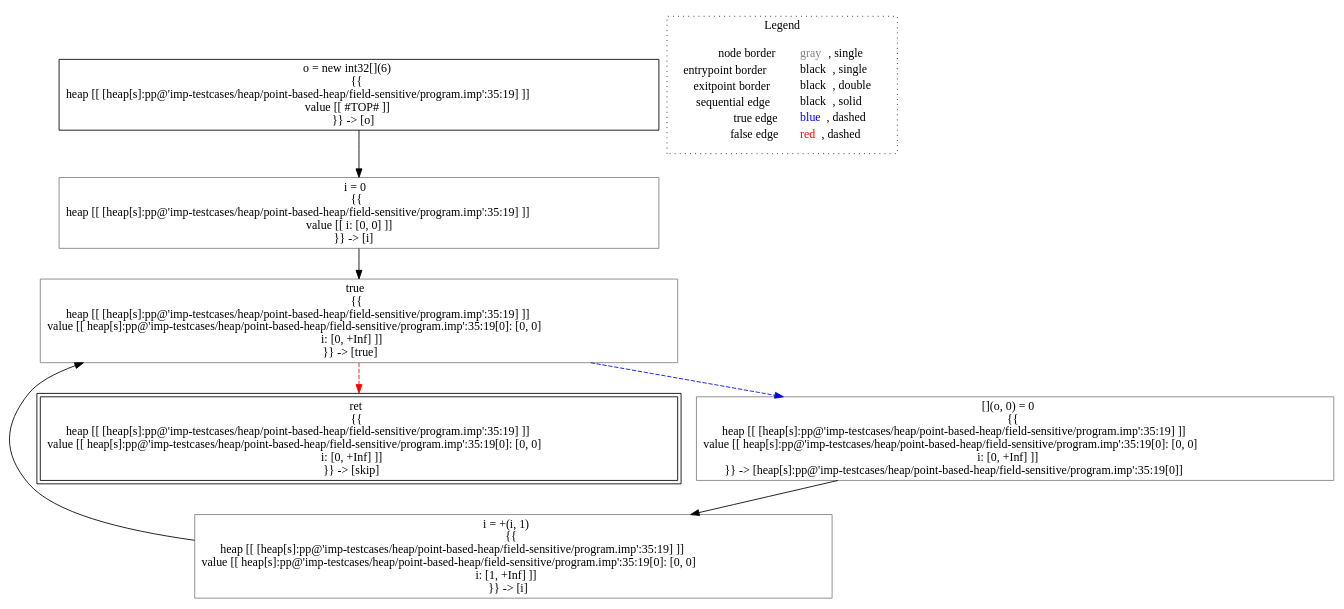
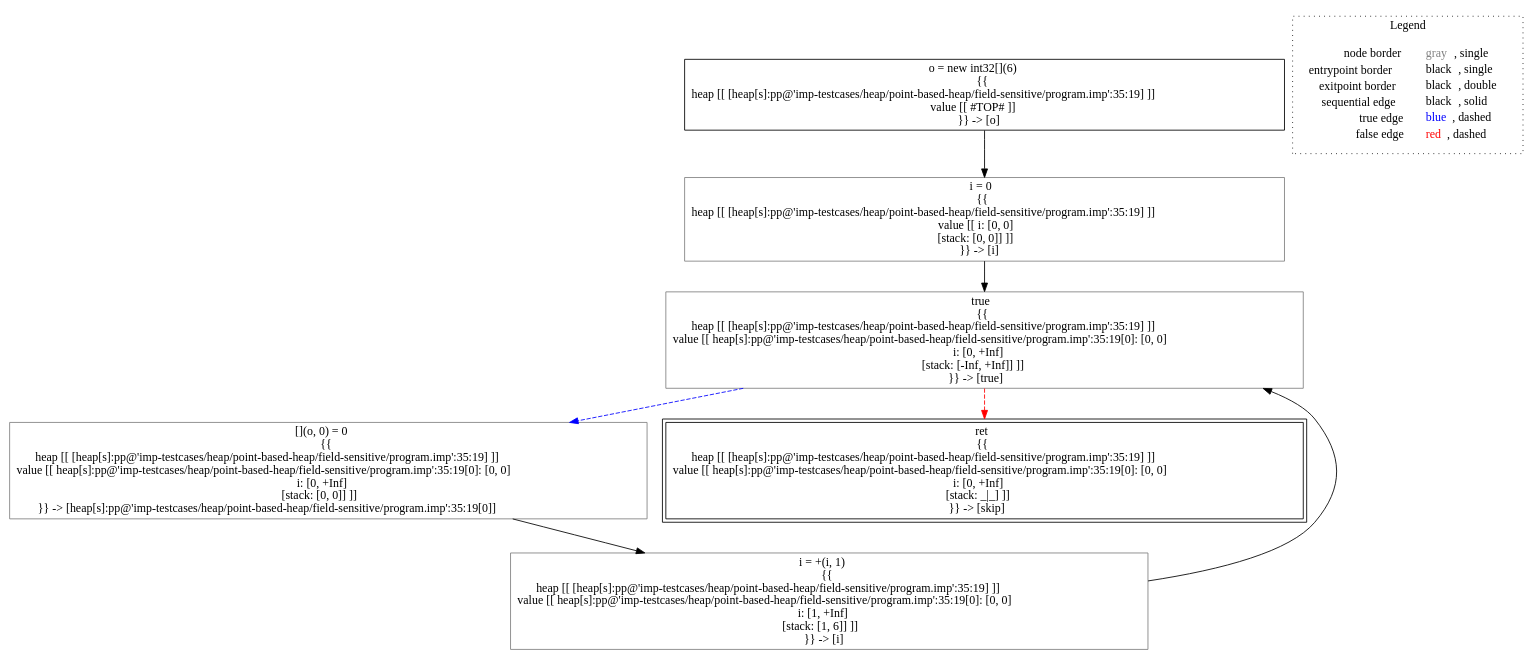
The diagram in lisa/lisa-core/imp-testcases/heap/point-based-heap/field-sensitive/analysis___untyped_A.f4(A_this).dot (lisa-analyzer/lisa), drawn with Graphviz before and after one commit. The commit also changed 84 other files, not shown here.

```diff
--- a/lisa/lisa-core/imp-testcases/heap/point-based-heap/field-sensitive/analysis___untyped_A.f4(A_this).dot
+++ b/lisa/lisa-core/imp-testcases/heap/point-based-heap/field-sensitive/analysis___untyped_A.f4(A_this).dot
@@ -1,21 +1,21 @@
 digraph {
 	"node0" [shape="rect",color="black",label=<o = new int32[](6)<BR/>{{<BR/>heap [[ [heap[s]:pp@'imp-testcases/heap/point-based-heap/field-sensitive/program.imp':35:19] ]]<BR/>value [[ #TOP# ]]<BR/>}} -&gt; [o]>];
-	"node1" [shape="rect",color="gray",label=<i = +(i, 1)<BR/>{{<BR/>heap [[ [heap[s]:pp@'imp-testcases/heap/point-based-heap/field-sensitive/program.imp':35:19] ]]<BR/>value [[ heap[s]:pp@'imp-testcases/heap/point-based-heap/field-sensitive/program.imp':35:19[0]: [0, 0]<BR/>i: [1, +Inf] ]]<BR/>}} -&gt; [i]>];
-	"node2" [shape="rect",color="gray",label=<true<BR/>{{<BR/>heap [[ [heap[s]:pp@'imp-testcases/heap/point-based-heap/field-sensitive/program.imp':35:19] ]]<BR/>value [[ heap[s]:pp@'imp-testcases/heap/point-based-heap/field-sensitive/program.imp':35:19[0]: [0, 0]<BR/>i: [0, +Inf] ]]<BR/>}} -&gt; [true]>];
-	"node3" [shape="rect",color="black",peripheries="2",label=<ret<BR/>{{<BR/>heap [[ [heap[s]:pp@'imp-testcases/heap/point-based-heap/field-sensitive/program.imp':35:19] ]]<BR/>value [[ heap[s]:pp@'imp-testcases/heap/point-based-heap/field-sensitive/program.imp':35:19[0]: [0, 0]<BR/>i: [0, +Inf] ]]<BR/>}} -&gt; [skip]>];
-	"node4" [shape="rect",color="gray",label=<i = 0<BR/>{{<BR/>heap [[ [heap[s]:pp@'imp-testcases/heap/point-based-heap/field-sensitive/program.imp':35:19] ]]<BR/>value [[ i: [0, 0] ]]<BR/>}} -&gt; [i]>];
-	"node5" [shape="rect",color="gray",label=<[](o, 0) = 0<BR/>{{<BR/>heap [[ [heap[s]:pp@'imp-testcases/heap/point-based-heap/field-sensitive/program.imp':35:19] ]]<BR/>value [[ heap[s]:pp@'imp-testcases/heap/point-based-heap/field-sensitive/program.imp':35:19[0]: [0, 0]<BR/>i: [0, +Inf] ]]<BR/>}} -&gt; [heap[s]:pp@'imp-testcases/heap/point-based-heap/field-sensitive/program.imp':35:19[0]]>];
+	"node1" [shape="rect",color="gray",label=<[](o, 0) = 0<BR/>{{<BR/>heap [[ [heap[s]:pp@'imp-testcases/heap/point-based-heap/field-sensitive/program.imp':35:19] ]]<BR/>value [[ heap[s]:pp@'imp-testcases/heap/point-based-heap/field-sensitive/program.imp':35:19[0]: [0, 0]<BR/>i: [0, +Inf]<BR/>[stack: [0, 0]] ]]<BR/>}} -&gt; [heap[s]:pp@'imp-testcases/heap/point-based-heap/field-sensitive/program.imp':35:19[0]]>];
+	"node2" [shape="rect",color="gray",label=<true<BR/>{{<BR/>heap [[ [heap[s]:pp@'imp-testcases/heap/point-based-heap/field-sensitive/program.imp':35:19] ]]<BR/>value [[ heap[s]:pp@'imp-testcases/heap/point-based-heap/field-sensitive/program.imp':35:19[0]: [0, 0]<BR/>i: [0, +Inf]<BR/>[stack: [-Inf, +Inf]] ]]<BR/>}} -&gt; [true]>];
+	"node3" [shape="rect",color="black",peripheries="2",label=<ret<BR/>{{<BR/>heap [[ [heap[s]:pp@'imp-testcases/heap/point-based-heap/field-sensitive/program.imp':35:19] ]]<BR/>value [[ heap[s]:pp@'imp-testcases/heap/point-based-heap/field-sensitive/program.imp':35:19[0]: [0, 0]<BR/>i: [0, +Inf]<BR/>[stack: _|_] ]]<BR/>}} -&gt; [skip]>];
+	"node4" [shape="rect",color="gray",label=<i = 0<BR/>{{<BR/>heap [[ [heap[s]:pp@'imp-testcases/heap/point-based-heap/field-sensitive/program.imp':35:19] ]]<BR/>value [[ i: [0, 0]<BR/>[stack: [0, 0]] ]]<BR/>}} -&gt; [i]>];
+	"node5" [shape="rect",color="gray",label=<i = +(i, 1)<BR/>{{<BR/>heap [[ [heap[s]:pp@'imp-testcases/heap/point-based-heap/field-sensitive/program.imp':35:19] ]]<BR/>value [[ heap[s]:pp@'imp-testcases/heap/point-based-heap/field-sensitive/program.imp':35:19[0]: [0, 0]<BR/>i: [1, +Inf]<BR/>[stack: [1, 6]] ]]<BR/>}} -&gt; [i]>];
+	"node1" -> "node5" [color="black"];
+	"node2" -> "node1" [color="blue",style="dashed"];
+	"node2" -> "node3" [color="red",style="dashed"];
 	"node0" -> "node4" [color="black"];
-	"node1" -> "node2" [color="black"];
-	"node2" -> "node3" [color="red",style="dashed"];
-	"node2" -> "node5" [color="blue",style="dashed"];
 	"node4" -> "node2" [color="black"];
-	"node5" -> "node1" [color="black"];
+	"node5" -> "node2" [color="black"];
 subgraph cluster_legend {
 	label="Legend";
 	style=dotted;
 	node [shape=plaintext];
 	"legend" [label=<<table border="0" cellpadding="2" cellspacing="0" cellborder="0"><tr><td align="right">node border&nbsp;</td><td align="left"><font color="gray">gray</font>, single</td></tr><tr><td align="right">entrypoint border&nbsp;</td><td align="left"><font color="black">black</font>, single</td></tr><tr><td align="right">exitpoint border&nbsp;</td><td align="left"><font color="black">black</font>, double</td></tr><tr><td align="right">sequential edge&nbsp;</td><td align="left"><font color="black">black</font>, solid</td></tr><tr><td align="right">true edge&nbsp;</td><td align="left"><font color="blue">blue</font>, dashed</td></tr><tr><td align="right">false edge&nbsp;</td><td align="left"><font color="red">red</font>, dashed</td></tr></table>>];
 }
 
 }
```
